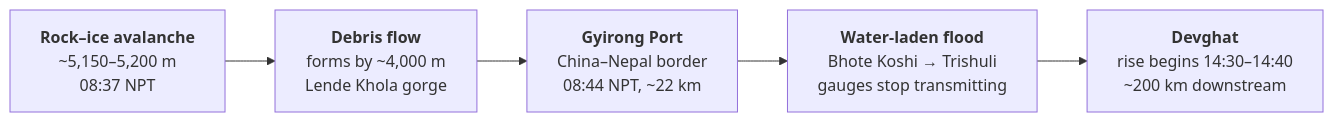
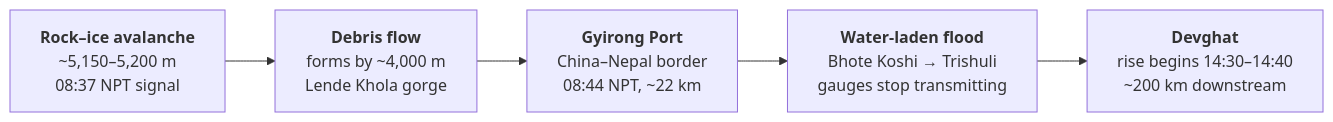
Before and after one commit to IbaadGEO/trishuli-flood-trace: the diagram in README.md, drawn with Mermaid. The commit also changed other lines of this file, not shown here.

````diff
--- a/README.md
+++ b/README.md
@@ -23,7 +23,7 @@
 ```mermaid
 flowchart LR
-  A["<b>Rock–ice avalanche</b><br/>~5,150–5,200 m<br/>08:37 NPT"] --> B["<b>Debris flow</b><br/>forms by ~4,000 m<br/>Lende Khola gorge"]
+  A["<b>Rock–ice avalanche</b><br/>~5,150–5,200 m<br/>08:37 NPT signal"] --> B["<b>Debris flow</b><br/>forms by ~4,000 m<br/>Lende Khola gorge"]
   B --> C["<b>Gyirong Port</b><br/>China–Nepal border<br/>08:44 NPT, ~22 km"]
   C --> D["<b>Water-laden flood</b><br/>Bhote Koshi → Trishuli<br/>gauges stop transmitting"]
   D --> E["<b>Devghat</b><br/>rise begins 14:30–14:40<br/>~200 km downstream"]
 ```
````
